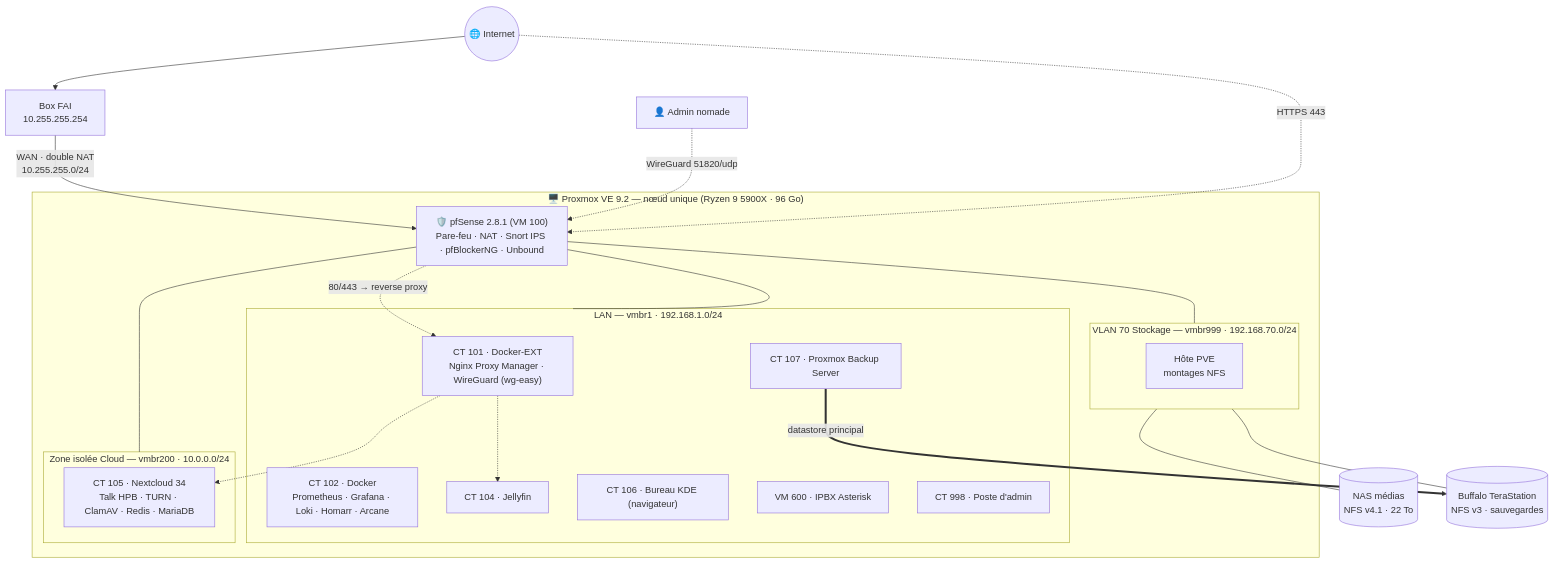
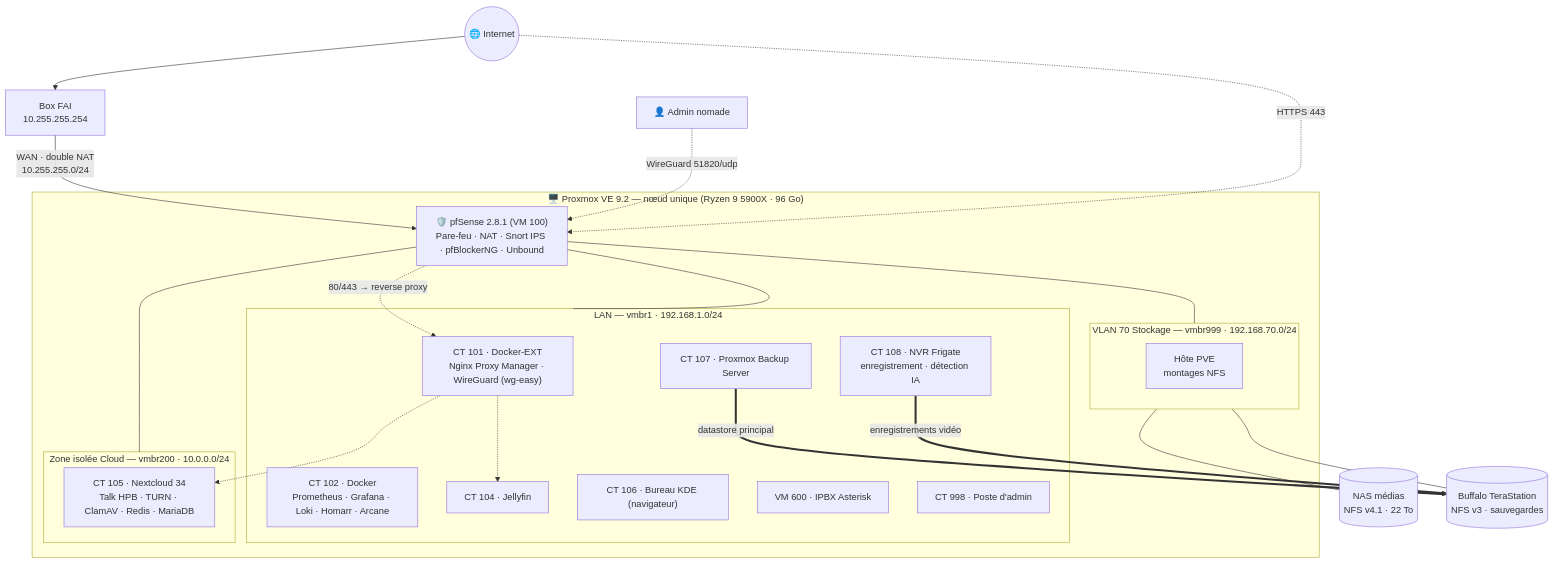
The diagram in README.md (Lightshadow02/HomeLab), drawn with Mermaid before and after one commit. The commit also changed other lines of this file and 6 other files, not shown here.

First line of the commit message:
Docs : NVR Frigate (vidéosurveillance, détection IA, alertes ntfy)

````diff
--- a/README.md
+++ b/README.md
@@ -40,40 +40,42 @@
 ```mermaid
 flowchart TB
     INET(("🌐 Internet")) --> BOX["Box FAI<br/>10.255.255.254"]
     BOX -->|"WAN · double NAT<br/>10.255.255.0/24"| PF
 
     subgraph PVE["🖥️ Proxmox VE 9.2 — nœud unique (Ryzen 9 5900X · 96 Go)"]
         PF["🛡️ pfSense 2.8.1 (VM 100)<br/>Pare-feu · NAT · Snort IPS · pfBlockerNG · Unbound"]
 
         subgraph LAN["LAN — vmbr1 · 192.168.1.0/24"]
             NPM["CT 101 · Docker-EXT<br/>Nginx Proxy Manager · WireGuard (wg-easy)"]
             MON["CT 102 · Docker<br/>Prometheus · Grafana · Loki · Homarr · Arcane"]
             JF["CT 104 · Jellyfin"]
             DESK["CT 106 · Bureau KDE (navigateur)"]
             PBS["CT 107 · Proxmox Backup Server"]
+            NVR["CT 108 · NVR Frigate<br/>enregistrement · détection IA"]
             VOIP["VM 600 · IPBX Asterisk"]
             ADM["CT 998 · Poste d'admin"]
         end
 
         subgraph OPT1["Zone isolée Cloud — vmbr200 · 10.0.0.0/24"]
             NC["CT 105 · Nextcloud 34<br/>Talk HPB · TURN · ClamAV · Redis · MariaDB"]
         end
 
         subgraph STO["VLAN 70 Stockage — vmbr999 · 192.168.70.0/24"]
             HOSTNFS["Hôte PVE<br/>montages NFS"]
         end
     end
 
     PF --- LAN
     PF --- OPT1
     PF --- STO
     STO --- NAS1[("NAS médias<br/>NFS v4.1 · 22 To")]
     STO --- NAS2[("Buffalo TeraStation<br/>NFS v3 · sauvegardes")]
 
     VPN["👤 Admin nomade"] -.->|"WireGuard 51820/udp"| PF
     INET -.->|"HTTPS 443"| PF
     PF -.->|"80/443 → reverse proxy"| NPM
     NPM -.-> JF
     NPM -.-> NC
     PBS ==>|"datastore principal"| NAS2
+    NVR ==>|"enregistrements vidéo"| NAS2
 ```
````
